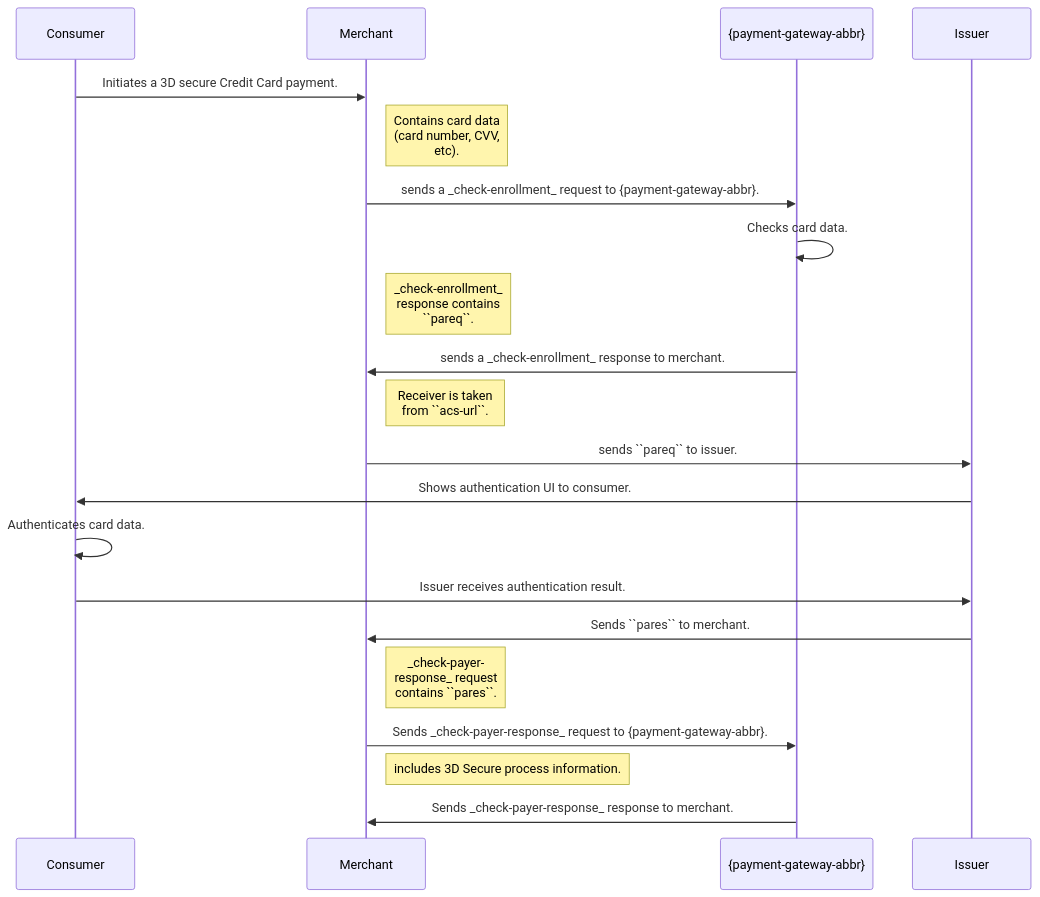
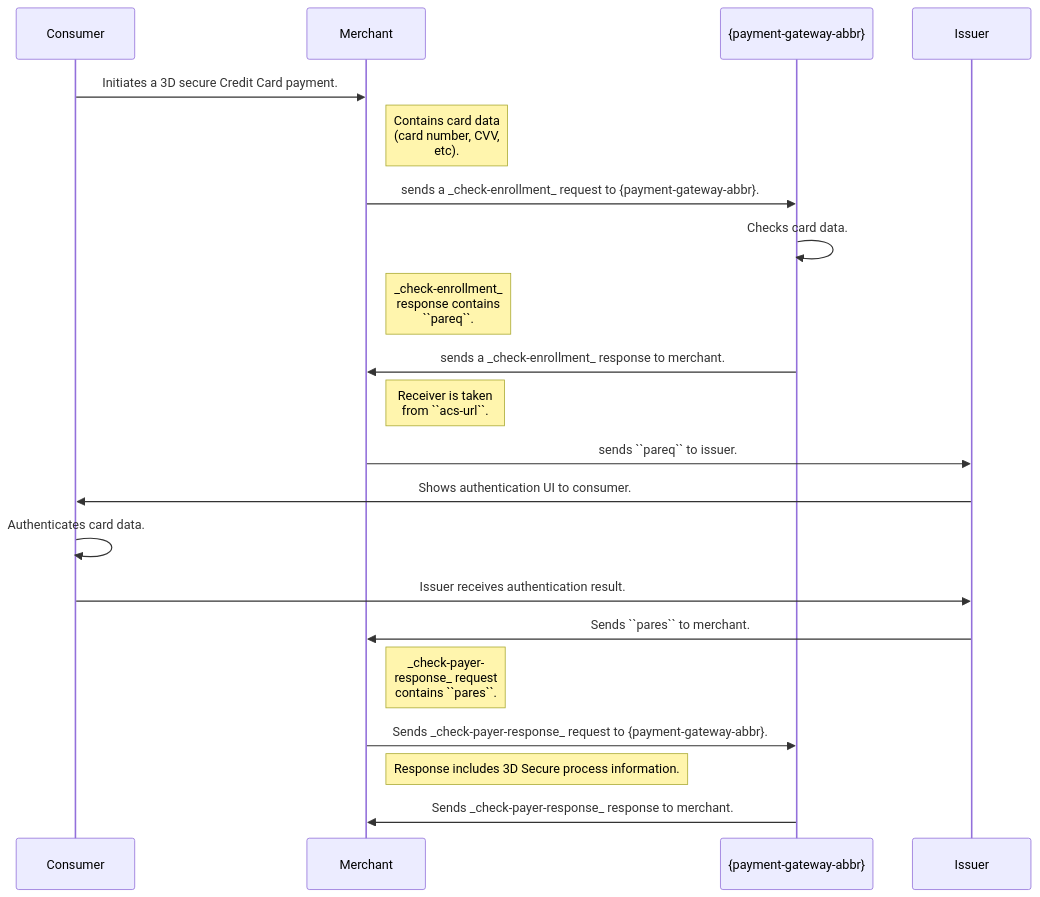
Before and after one commit to wirecard/merchant-documentation-gateway: the diagram in 11-01-08-testcards.adoc, drawn with Mermaid. The commit also changed other lines of this file, not shown here.

```diff
--- a/11-01-08-testcards.adoc
+++ b/11-01-08-testcards.adoc
@@ -242,24 +242,24 @@
 [mermaid, 3DS2_TestCards_Workflow,svg,subs=attributes+]
 ----
 sequenceDiagram
     participant Consumer
     participant Merchant
     participant {payment-gateway-abbr}
     participant Issuer
 Consumer->>Merchant: Initiates a 3D secure Credit Card payment.
 Note right of Merchant: Contains card data <br/>(card number, CVV, <br/> etc).
 Merchant->>{payment-gateway-abbr}: sends a _check-enrollment_ request to {payment-gateway-abbr}.
 {payment-gateway-abbr}->>{payment-gateway-abbr}: Checks card data.
 Note right of Merchant: _check-enrollment_ <br/>response contains <br/>``pareq``.
 {payment-gateway-abbr}->>Merchant: sends a _check-enrollment_ response to merchant.
 Note right of Merchant: Receiver is taken <br/>from ``acs-url``.
 Merchant->>Issuer: sends ``pareq`` to issuer.
 Issuer->>Consumer: Shows authentication UI to consumer.
 Consumer->>Consumer: Authenticates card data.
 Consumer->>Issuer: Issuer receives authentication result.
 Issuer->>Merchant: Sends ``pares`` to merchant.
 Note right of Merchant: _check-payer- <br/>response_ request <br/>contains ``pares``.
 Merchant->>{payment-gateway-abbr}: Sends _check-payer-response_ request to {payment-gateway-abbr}.
-Note right of Merchant: includes 3D Secure process information.
+Note right of Merchant: Response includes 3D Secure process information.
 {payment-gateway-abbr}->>Merchant: Sends _check-payer-response_ response to merchant.
 ----
```
